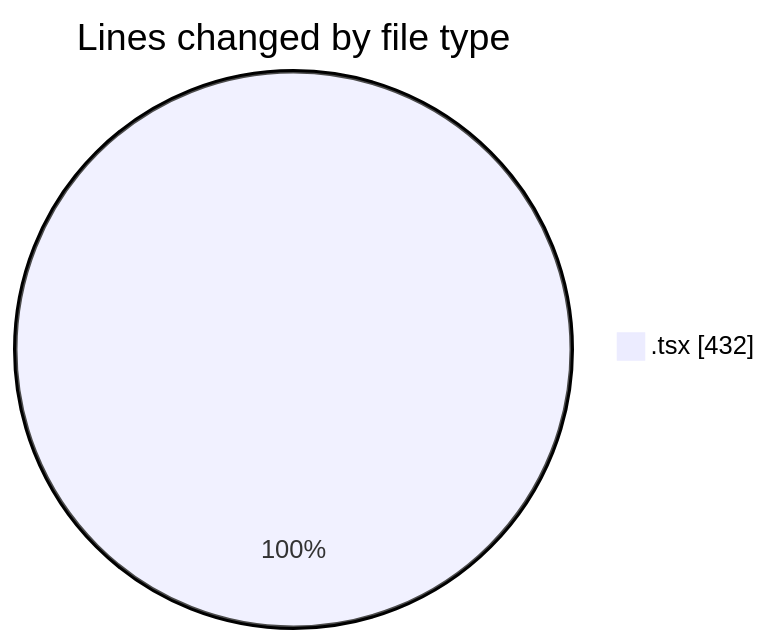
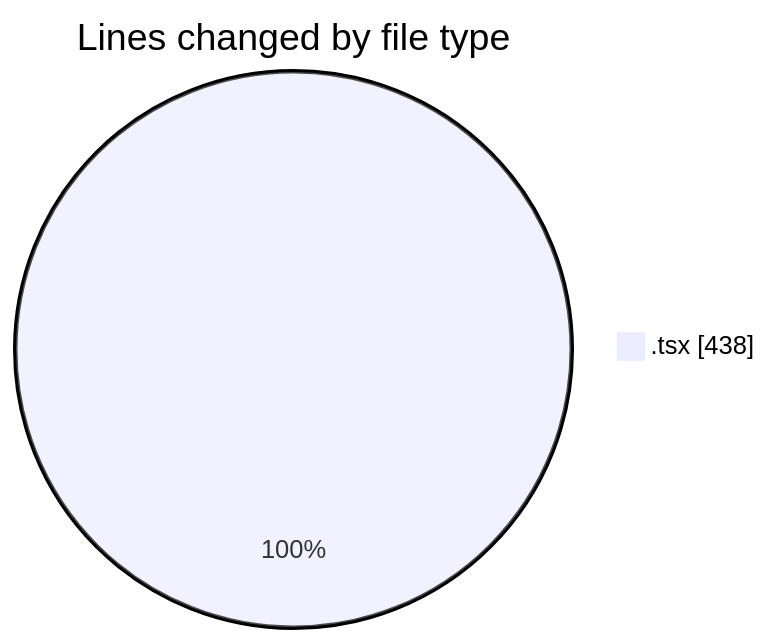
Before and after one commit to nxtqubesakshisongat/code-tracking: the first of 2 diagrams in 2026-01-30/nxtqube_webapp/README.md, drawn with Mermaid. The commit also changed other lines of this file and 1 other file, not shown here.

````diff
--- a/2026-01-30/nxtqube_webapp/README.md
+++ b/2026-01-30/nxtqube_webapp/README.md
@@ -22,5 +22,5 @@
 ```mermaid
 pie showData
 title Lines changed by file type
-".tsx" : 432
+".tsx" : 438
 ```
````
